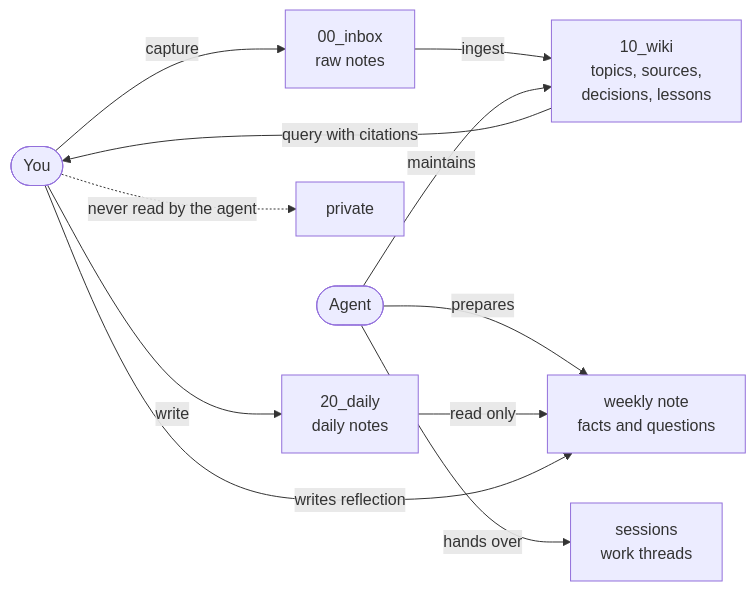
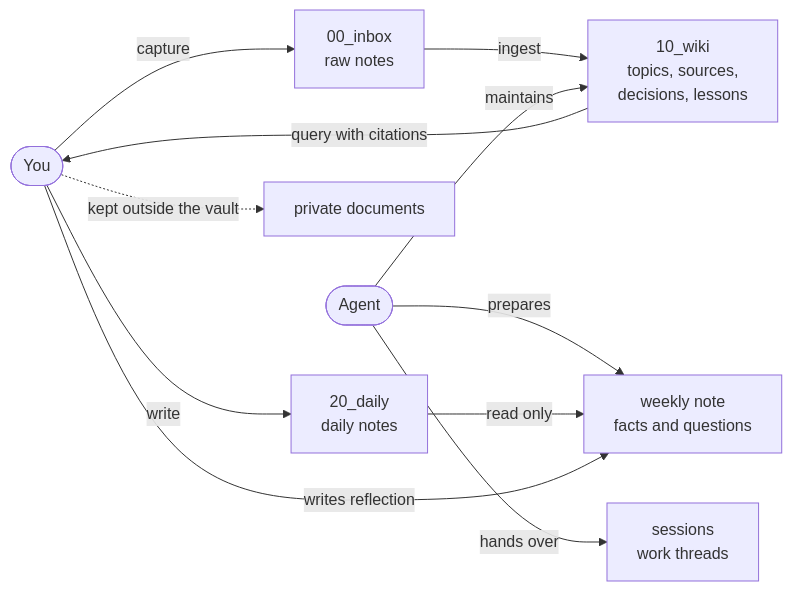
Before and after one commit to MGlouton/pkmwithllm: the diagram in docs/how-it-works.md, drawn with Mermaid. The commit also changed other lines of this file and 31 other files, not shown here.

````diff
--- a/docs/how-it-works.md
+++ b/docs/how-it-works.md
@@ -15,13 +15,13 @@
 ```mermaid
 flowchart LR
     U([You]) -->|capture| IN[00_inbox<br/>raw notes]
     U -->|write| D[20_daily<br/>daily notes]
-    U -.->|never read by the agent| P[private]
+    U -.->|kept outside the vault| P[private documents]
     IN -->|ingest| W[10_wiki<br/>topics, sources,<br/>decisions, lessons]
     A([Agent]) -->|maintains| W
     A -->|prepares| R[weekly note<br/>facts and questions]
     D -->|read only| R
     U -->|writes reflection| R
     W -->|query with citations| U
     A -->|hands over| S[sessions<br/>work threads]
 ```
````
